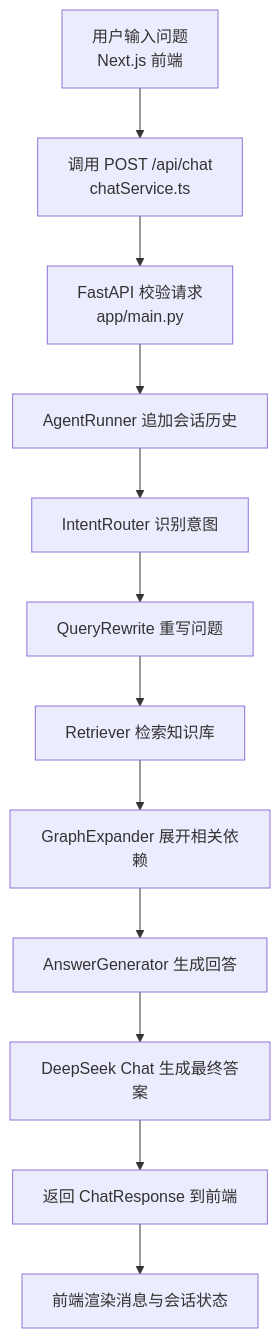
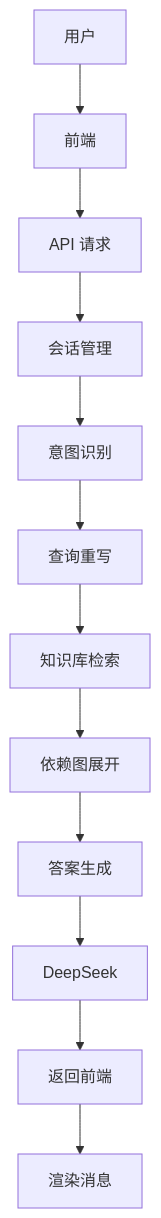
One commit to jonji886/plugin-dev-helper changed the third of 3 diagrams in README.md. Above: the diagram before and after it, drawn with Mermaid. The commit also changed other lines of this file, not shown here.

First line of the commit message:
docs: simplify mermaid diagram labels in README

````diff
--- a/README.md
+++ b/README.md
@@ -196,14 +196,14 @@
 ```mermaid
 flowchart TD
-  A[用户输入问题\nNext.js 前端] --> B[调用 POST /api/chat\nchatService.ts]
-  B --> C[FastAPI 校验请求\napp/main.py]
-  C --> D[AgentRunner 追加会话历史]
-  D --> E[IntentRouter 识别意图]
-  E --> F[QueryRewrite 重写问题]
-  F --> G[Retriever 检索知识库]
-  G --> H[GraphExpander 展开相关依赖]
-  H --> I[AnswerGenerator 生成回答]
-  I --> J[DeepSeek Chat 生成最终答案]
-  J --> K[返回 ChatResponse 到前端]
-  K --> L[前端渲染消息与会话状态]
+  A[用户] --> B[前端]
+  B --> C[API 请求]
+  C --> D[会话管理]
+  D --> E[意图识别]
+  E --> F[查询重写]
+  F --> G[知识库检索]
+  G --> H[依赖图展开]
+  H --> I[答案生成]
+  I --> J[DeepSeek]
+  J --> K[返回前端]
+  K --> L[渲染消息]
 ```
````
